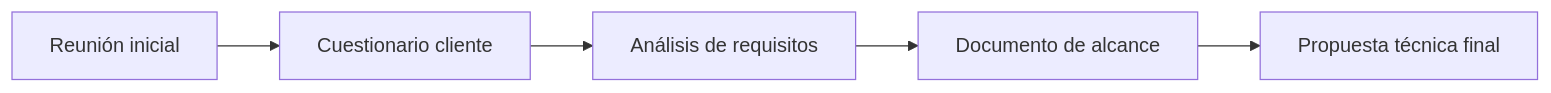
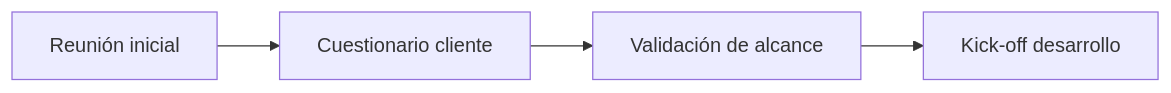
One commit to erikaluciafuertes/Project-Proposals changed the second of 7 diagrams in roadmap.md. Above: the diagram before and after it, drawn with Mermaid. The commit also changed other lines of this file and 1 other file, not shown here.

````diff
--- a/roadmap.md
+++ b/roadmap.md
@@ -42,7 +49,6 @@
 ```mermaid
 flowchart LR
     A[Reunión inicial] --> B[Cuestionario cliente]
-    B --> C[Análisis de requisitos]
-    C --> D[Documento de alcance]
-    D --> E[Propuesta técnica final]
+    B --> C[Validación de alcance]
+    C --> D[Kick-off desarrollo]
 ```
````
